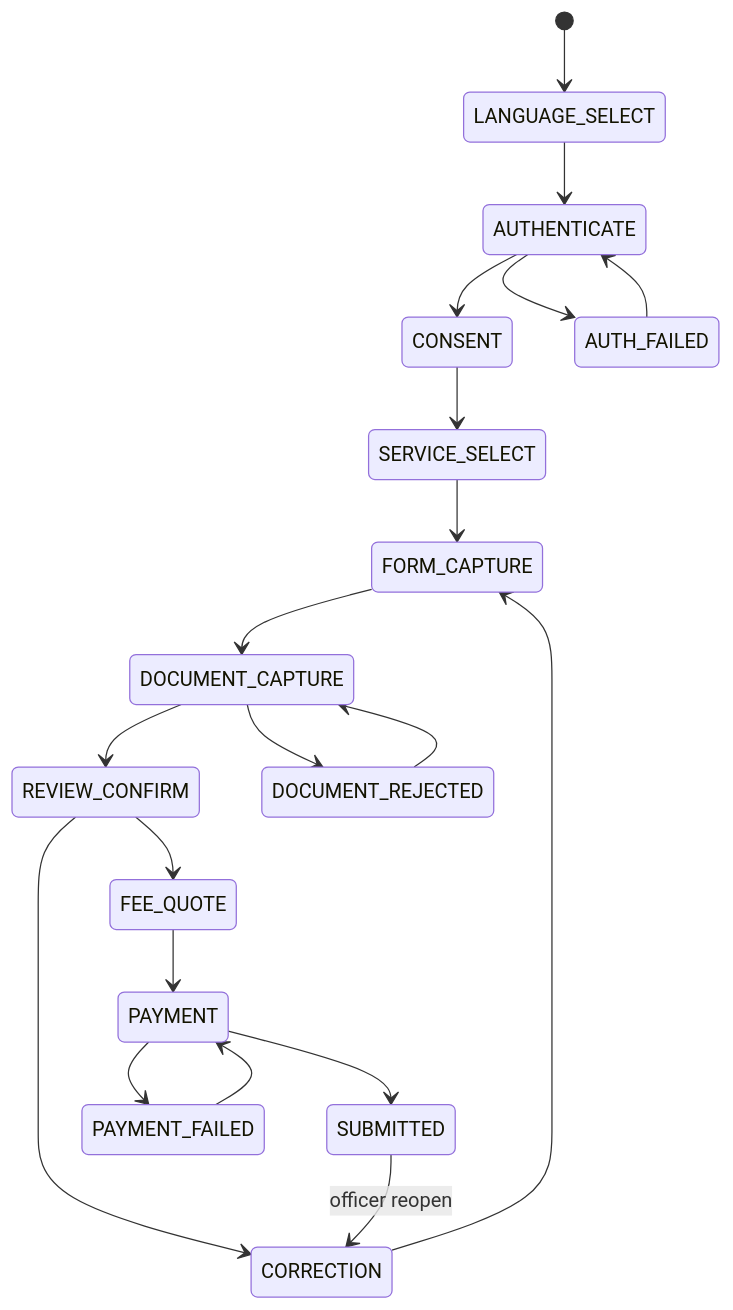
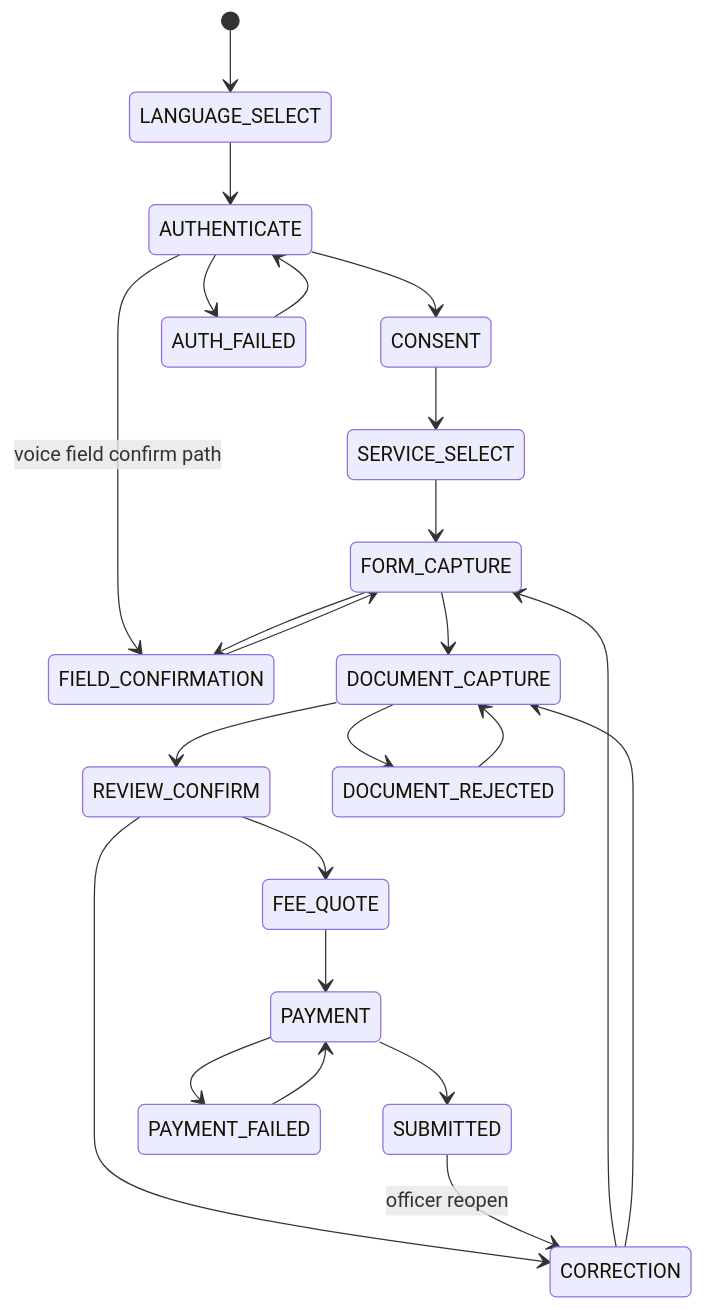
One commit to Gautamprakash17/multilingual-voice-revenue-services changed diagram 15 of 15 in docs/diagrams.md. Above: the diagram before and after it, drawn with Mermaid. The commit also changed other lines of this file and 2 other files, not shown here.

First line of the commit message:
docs: sync architecture diagrams and data classification with codebase

````diff
--- a/docs/diagrams.md
+++ b/docs/diagrams.md
@@ -206,22 +422,26 @@
 ```mermaid
 stateDiagram-v2
   [*] --> LANGUAGE_SELECT
   LANGUAGE_SELECT --> AUTHENTICATE
   AUTHENTICATE --> CONSENT
   AUTHENTICATE --> AUTH_FAILED
+  AUTHENTICATE --> FIELD_CONFIRMATION: voice field confirm path
   AUTH_FAILED --> AUTHENTICATE
   CONSENT --> SERVICE_SELECT
   SERVICE_SELECT --> FORM_CAPTURE
+  FORM_CAPTURE --> FIELD_CONFIRMATION
+  FIELD_CONFIRMATION --> FORM_CAPTURE
   FORM_CAPTURE --> DOCUMENT_CAPTURE
   DOCUMENT_CAPTURE --> REVIEW_CONFIRM
   DOCUMENT_CAPTURE --> DOCUMENT_REJECTED
   DOCUMENT_REJECTED --> DOCUMENT_CAPTURE
   REVIEW_CONFIRM --> FEE_QUOTE
   REVIEW_CONFIRM --> CORRECTION
   FEE_QUOTE --> PAYMENT
   PAYMENT --> SUBMITTED
   PAYMENT --> PAYMENT_FAILED
   PAYMENT_FAILED --> PAYMENT
   CORRECTION --> FORM_CAPTURE
+  CORRECTION --> DOCUMENT_CAPTURE
   SUBMITTED --> CORRECTION: officer reopen
 ```
````
